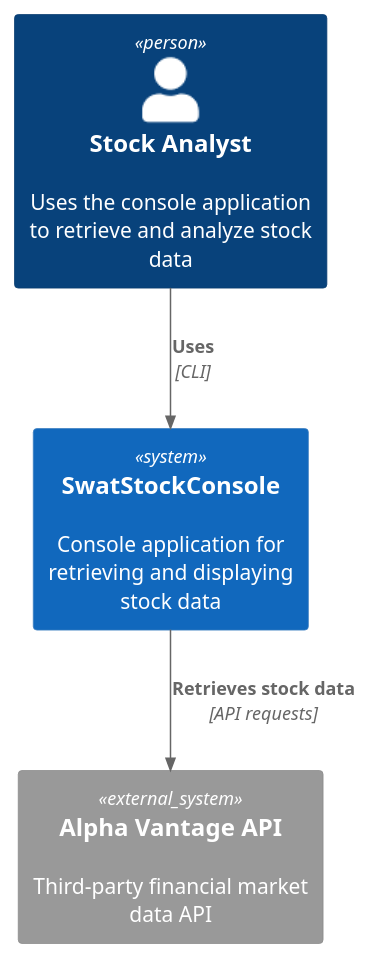
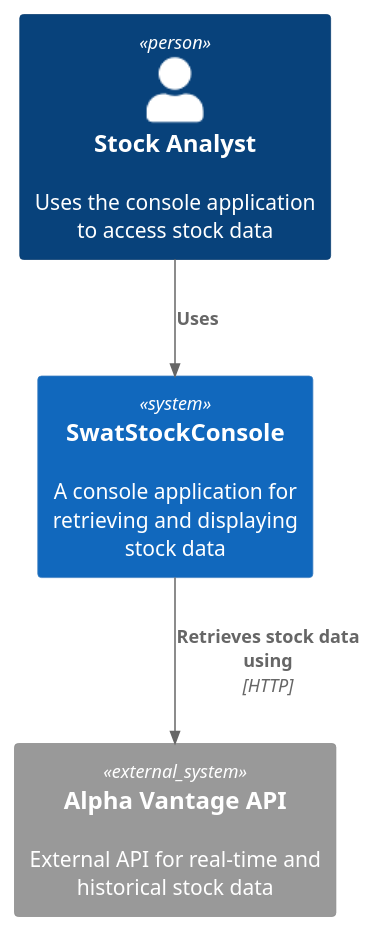
One commit to ostaubzug/SwatStockConsole changed the diagram in docs/c4/diagrams/c4_context.puml. Above: the diagram before and after it, drawn with PlantUML. The commit also changed 6 other files, not shown here.

```diff
--- a/docs/c4/diagrams/c4_context.puml
+++ b/docs/c4/diagrams/c4_context.puml
@@ -1,13 +1,15 @@
 @startuml
 !include https://raw.githubusercontent.com/plantuml-stdlib/C4-PlantUML/master/C4_Container.puml
 !include https://raw.githubusercontent.com/plantuml-stdlib/C4-PlantUML/master/C4_Component.puml
 !include https://raw.githubusercontent.com/plantuml-stdlib/C4-PlantUML/master/C4_Context.puml
 
-Person(analyst, "Stock Analyst", "Uses the console application to retrieve and analyze stock data")
-System(swat_stock, "SwatStockConsole", "Console application for retrieving and displaying stock data")
-System_Ext(alpha_vantage, "Alpha Vantage API", "Third-party financial market data API")
+Person(stock_analyst, "Stock Analyst", "Uses the console application to access stock data")
 
-Rel(analyst, swat_stock, "Uses", "CLI")
-Rel(swat_stock, alpha_vantage, "Retrieves stock data", "API requests")
+System(swat_stock_console, "SwatStockConsole", "A console application for retrieving and displaying stock data")
+
+System_Ext(alpha_vantage, "Alpha Vantage API", "External API for real-time and historical stock data")
+
+Rel(stock_analyst, swat_stock_console, "Uses")
+Rel(swat_stock_console, alpha_vantage, "Retrieves stock data using", "HTTP")
 
 @enduml
```
